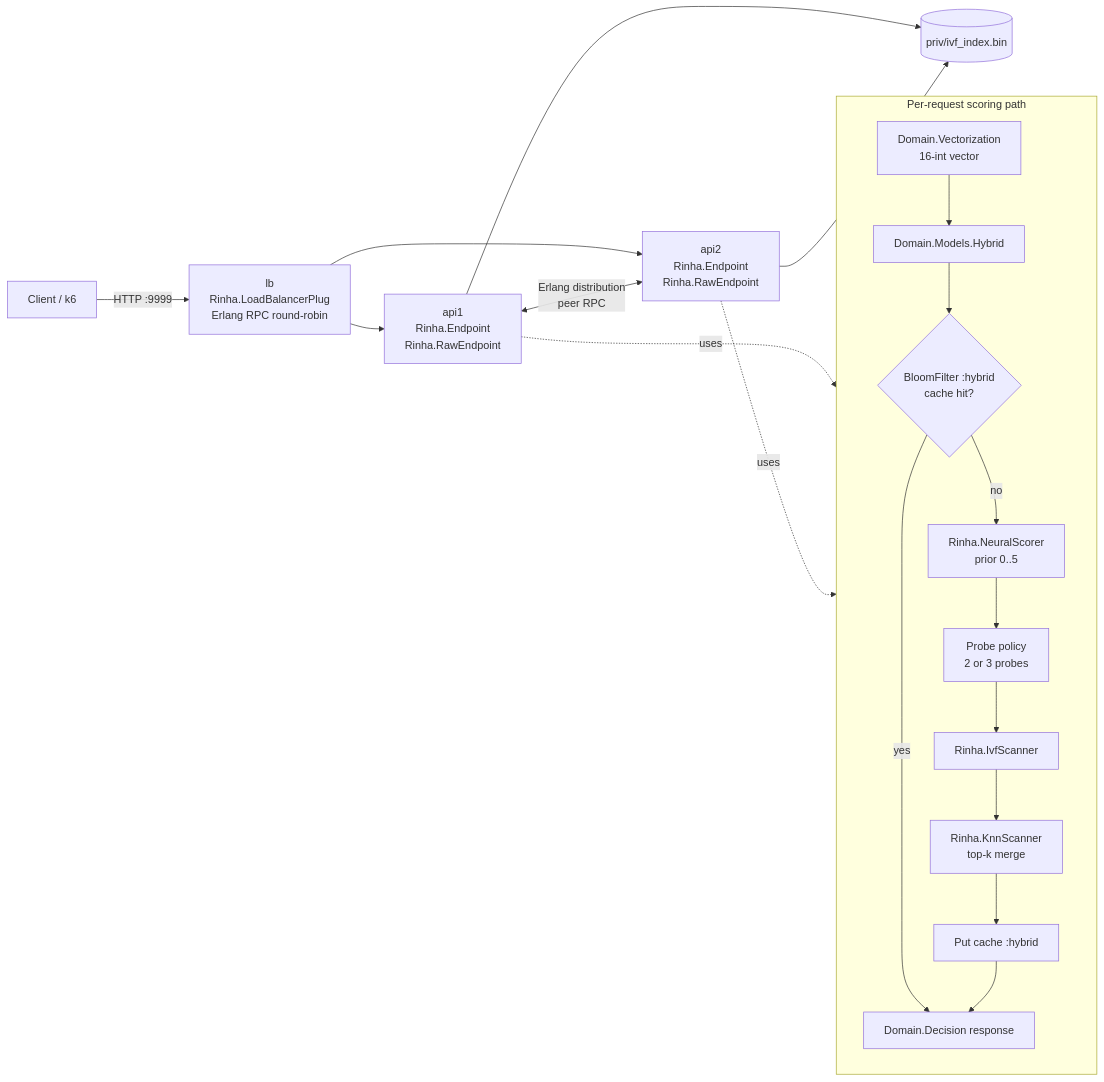
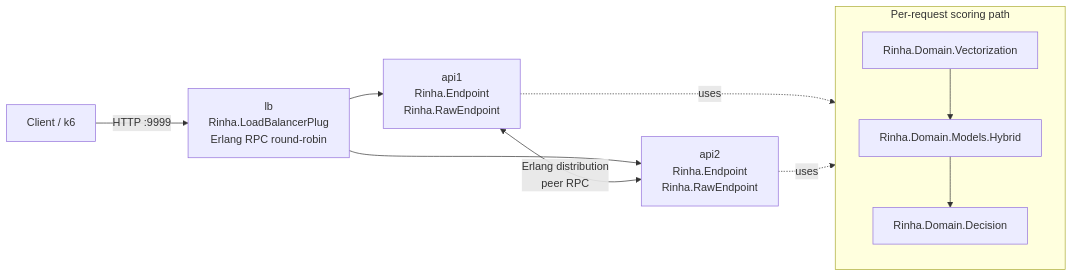
The diagram in README.md (renatovico/rinha-elixir-pure), drawn with Mermaid before and after one commit. The commit also changed other lines of this file and 4 other files, not shown here.

````diff
--- a/README.md
+++ b/README.md
@@ -22,26 +28,16 @@
 ```mermaid
 flowchart LR
     Client[Client / k6] -->|HTTP :9999| LB[lb\nRinha.LoadBalancerPlug\nErlang RPC round-robin]
     LB --> API1[api1\nRinha.Endpoint\nRinha.RawEndpoint]
     LB --> API2[api2\nRinha.Endpoint\nRinha.RawEndpoint]
 
     API1 <-->|Erlang distribution\npeer RPC| API2
 
     subgraph ScoringPath[Per-request scoring path]
-      V[Domain.Vectorization\n16-int vector] --> H[Domain.Models.Hybrid]
-      H --> B{BloomFilter :hybrid\ncache hit?}
-      B -->|yes| R[Domain.Decision response]
-      B -->|no| N[Rinha.NeuralScorer\nprior 0..5]
-      N --> P[Probe policy\n2 or 3 probes]
-      P --> I[Rinha.IvfScanner]
-      I --> K[Rinha.KnnScanner\ntop-k merge]
-      K --> C[Put cache :hybrid]
-      C --> R
+      V[Rinha.Domain.Vectorization] --> H[Rinha.Domain.Models.Hybrid]
+      H --> D[Rinha.Domain.Decision]
     end
 
     API1 -. uses .-> ScoringPath
     API2 -. uses .-> ScoringPath
-
-    API1 --> IVF[(priv/ivf_index.bin)]
-    API2 --> IVF
 ```
````
